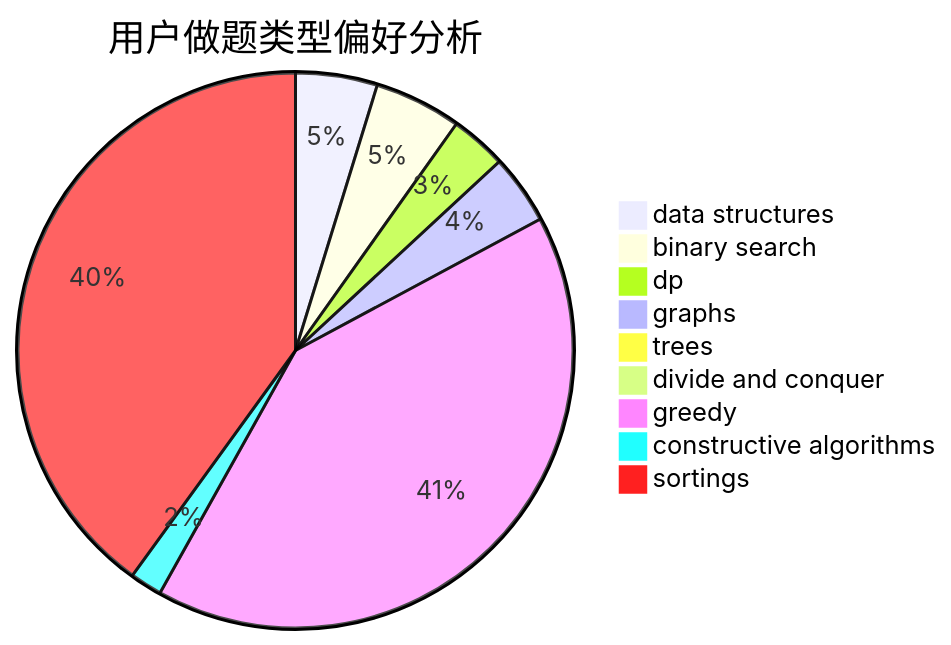
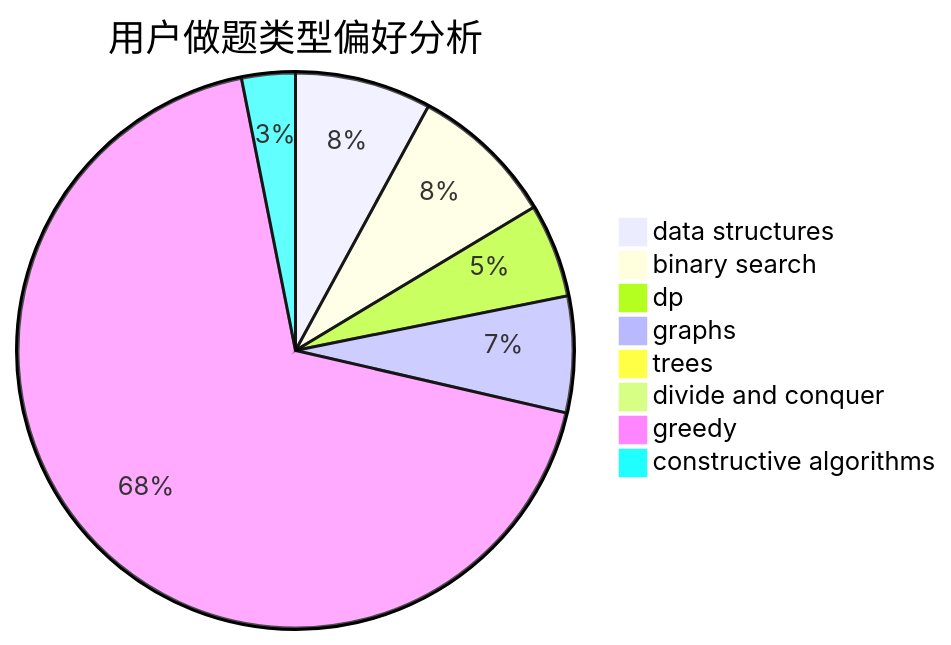
The second of 3 diagrams in docs/user/u28.md (sherpahu/cfrs.github.io), drawn with Mermaid before and after one commit. The commit also changed other lines of this file and 2769 other files, not shown here.

````diff
--- a/docs/user/u28.md
+++ b/docs/user/u28.md
@@ -18,12 +18,11 @@
 ```mermaid
 pie title 用户做题类型偏好分析
     "data structures" :  61
     "binary search" :  65
     "dp" :  42
     "graphs" :  52
     "trees" :  0
     "divide and conquer" :  0
     "greedy" :  525
     "constructive algorithms" :  24
-    "sortings" :  513
 ```
````
